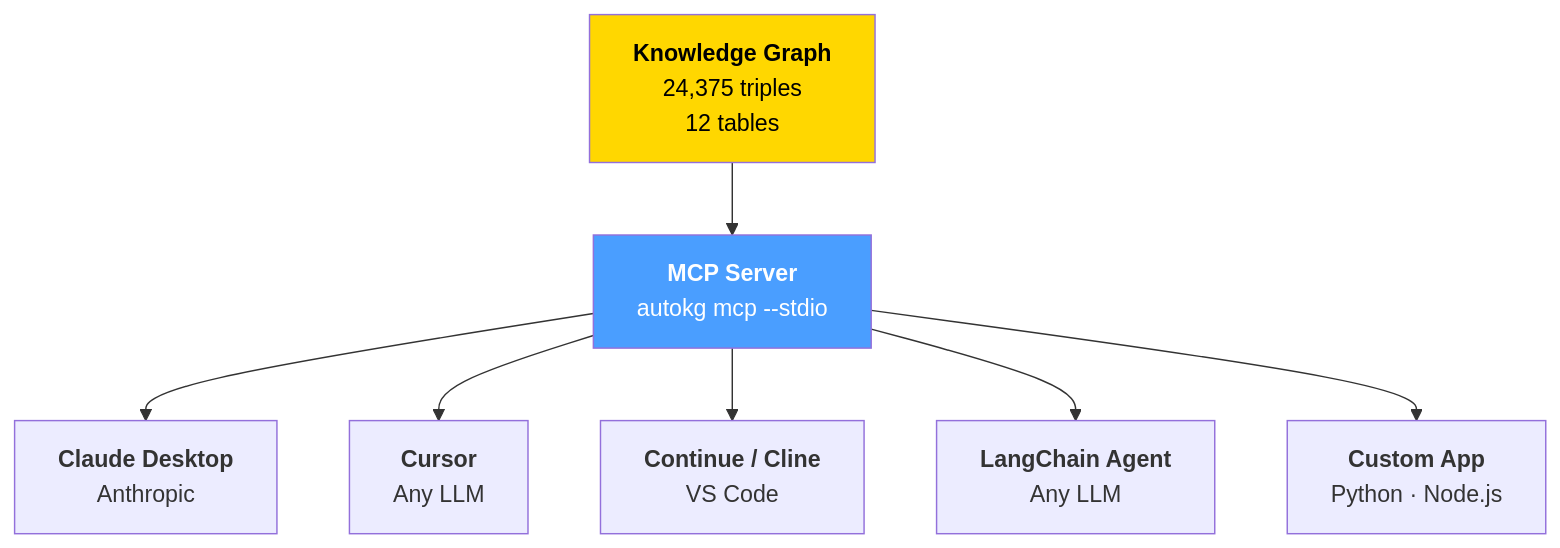
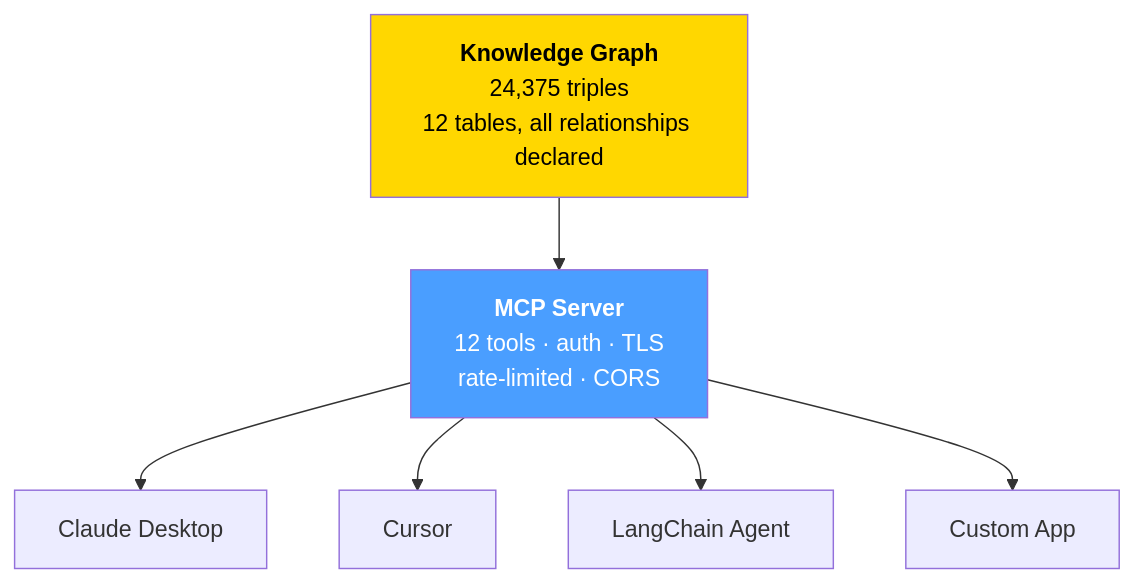
The second of 2 diagrams in README.md (kaushikthakur97/autokg), drawn with Mermaid before and after one commit. The commit also changed other lines of this file and 14 other files, not shown here.

````diff
--- a/README.md
+++ b/README.md
@@ -144,16 +147,15 @@
 ```mermaid
 graph TB
-    KG["<b>Knowledge Graph</b><br/>24,375 triples<br/>12 tables"]
-    MCP["<b>MCP Server</b><br/>autokg mcp --stdio"]
+    KG["<b>Knowledge Graph</b><br/>24,375 triples<br/>12 tables, all relationships declared"]
+    MCP["<b>MCP Server</b><br/>12 tools · auth · TLS<br/>rate-limited · CORS"]
     
     KG --> MCP
     
-    MCP --> C1["<b>Claude Desktop</b><br/>Anthropic"]
-    MCP --> C2["<b>Cursor</b><br/>Any LLM"]
-    MCP --> C3["<b>Continue / Cline</b><br/>VS Code"]
-    MCP --> C4["<b>LangChain Agent</b><br/>Any LLM"]
-    MCP --> C5["<b>Custom App</b><br/>Python · Node.js"]
+    MCP --> C1["Claude Desktop"]
+    MCP --> C2["Cursor"]
+    MCP --> C3["LangChain Agent"]
+    MCP --> C4["Custom App"]
     
     style KG fill:#ffd700,color:#000
     style MCP fill:#4a9eff,color:#fff
 ```
````
